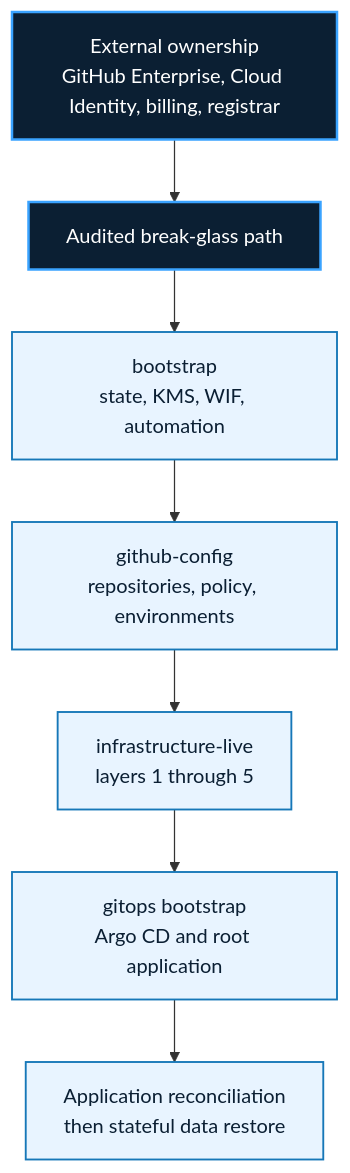
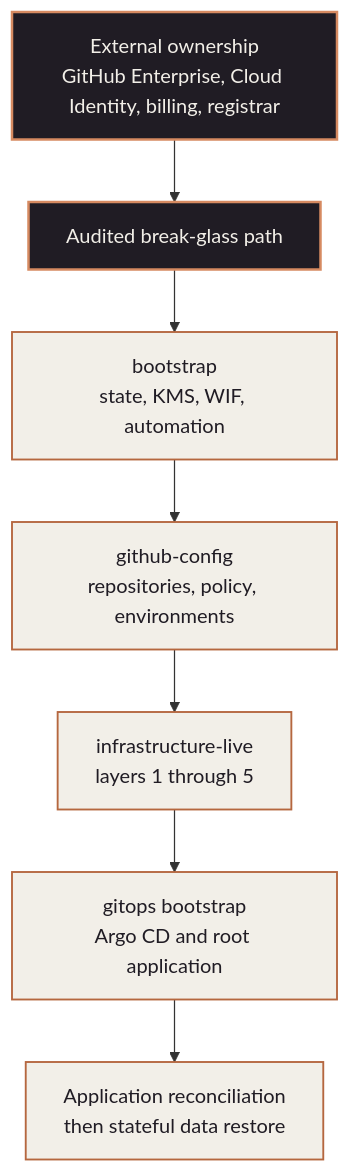
One commit to mindclade/bootstrap-old changed the diagram in docs/cold-start.md. Above: the diagram before and after it, drawn with Mermaid. The commit also changed 21 other files, not shown here.

````diff
--- a/docs/cold-start.md
+++ b/docs/cold-start.md
@@ -24,17 +24,17 @@
 ```mermaid
 flowchart TD
     EX["External ownership<br/>GitHub Enterprise, Cloud Identity, billing, registrar"]
     BG["Audited break-glass path"]
     BS["bootstrap<br/>state, KMS, WIF, automation"]
     GC["github-config<br/>repositories, policy, environments"]
     IL["infrastructure-live<br/>layers 1 through 5"]
     GO["gitops bootstrap<br/>Argo CD and root application"]
     AP["Application reconciliation<br/>then stateful data restore"]
 
     EX --> BG --> BS --> GC --> IL --> GO --> AP
 
-    classDef critical fill:#0b1f33,color:#ffffff,stroke:#3aa3ff,stroke-width:2px;
-    classDef restore fill:#e8f4ff,color:#0b1f33,stroke:#1677b8,stroke-width:1.5px;
+    classDef critical fill:#201C24,color:#F2EFE8,stroke:#D68A61,stroke-width:2px;
+    classDef restore fill:#F2EFE8,color:#201C24,stroke:#B5673F,stroke-width:1.5px;
     class EX,BG critical;
     class BS,GC,IL,GO,AP restore;
 ```
````
